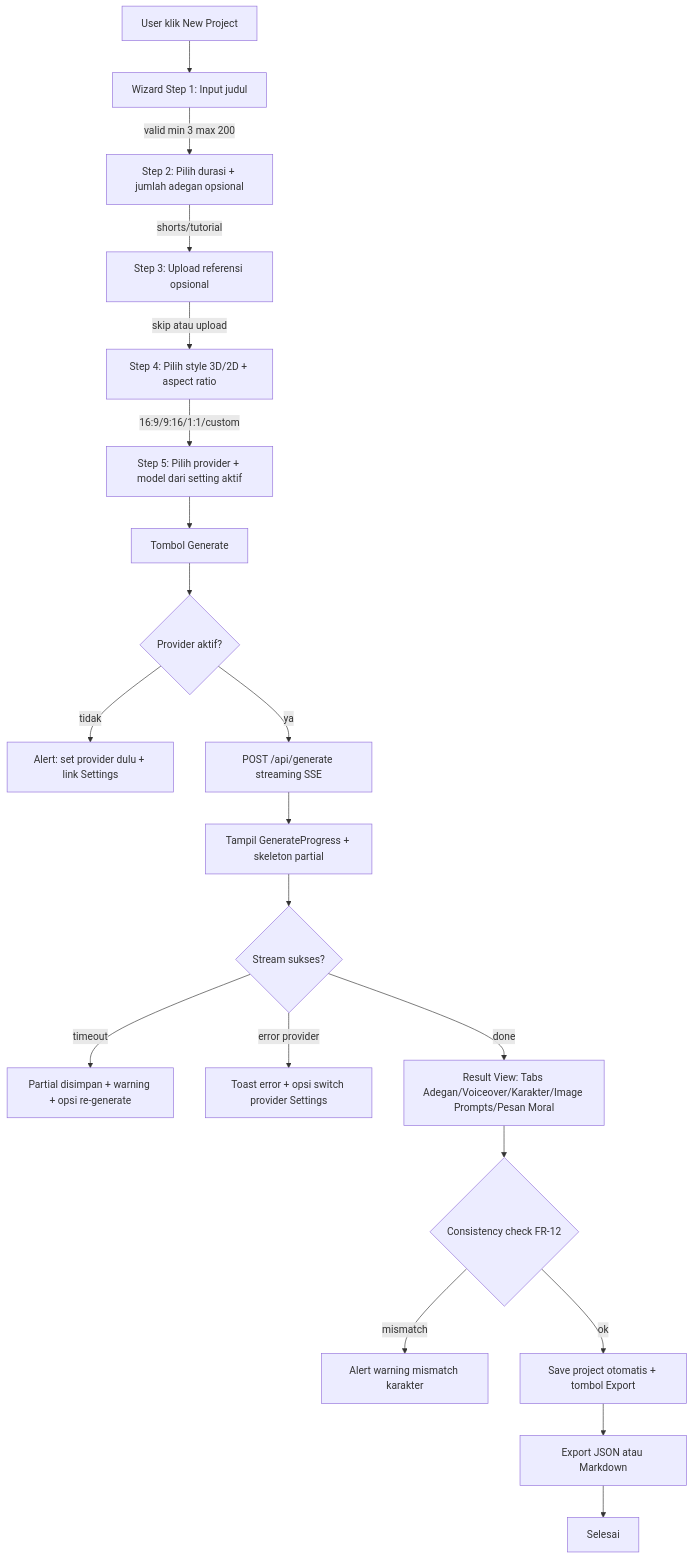
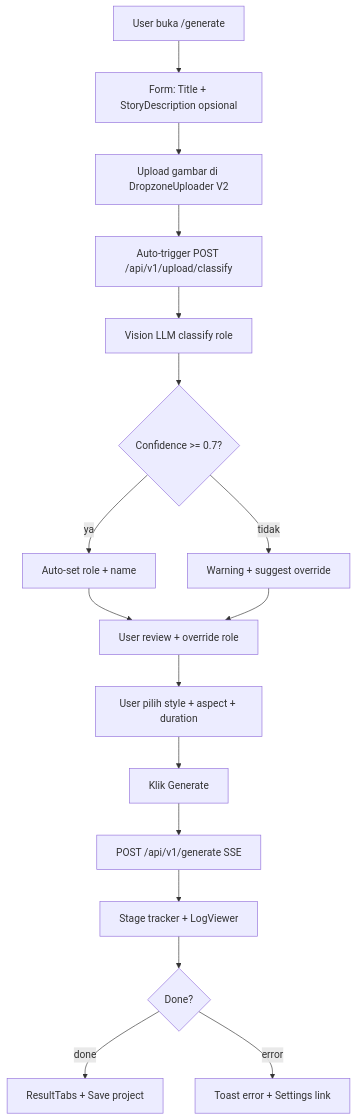
The first of 4 diagrams in product-docs/UIUX_SPEC.md (agrianwahab29/agrinode-promptflow), drawn with Mermaid before and after one commit. The commit also changed other lines of this file and 80 other files, not shown here.

````diff
--- a/product-docs/UIUX_SPEC.md
+++ b/product-docs/UIUX_SPEC.md
@@ -493,22 +538,19 @@
 ```mermaid
 flowchart TD
-    A[User klik New Project] --> B[Wizard Step 1: Input judul]
-    B -->|valid min 3 max 200| C[Step 2: Pilih durasi + jumlah adegan opsional]
-    C -->|shorts/tutorial| D[Step 3: Upload referensi opsional]
-    D -->|skip atau upload| E[Step 4: Pilih style 3D/2D + aspect ratio]
-    E -->|16:9/9:16/1:1/custom| F[Step 5: Pilih provider + model dari setting aktif]
-    F --> G[Tombol Generate]
-    G --> H{Provider aktif?}
-    H -->|tidak| H1[Alert: set provider dulu + link Settings]
-    H -->|ya| I[POST /api/generate streaming SSE]
-    I --> J[Tampil GenerateProgress + skeleton partial]
-    J --> K{Stream sukses?}
-    K -->|timeout| K1[Partial disimpan + warning + opsi re-generate]
-    K -->|error provider| K2[Toast error + opsi switch provider Settings]
-    K -->|done| L[Result View: Tabs Adegan/Voiceover/Karakter/Image Prompts/Pesan Moral]
-    L --> M{Consistency check FR-12}
-    M -->|mismatch| M1[Alert warning mismatch karakter]
-    M -->|ok| N[Save project otomatis + tombol Export]
-    N --> O[Export JSON atau Markdown]
-    O --> P[Selesai]
+    A[User buka /generate] --> B[Form: Title + StoryDescription opsional]
+    B --> C[Upload gambar di DropzoneUploader V2]
+    C --> D[Auto-trigger POST /api/v1/upload/classify]
+    D --> E[Vision LLM classify role]
+    E --> F{Confidence >= 0.7?}
+    F -->|ya| G[Auto-set role + name]
+    F -->|tidak| H[Warning + suggest override]
+    G --> I[User review + override role]
+    H --> I
+    I --> J[User pilih style + aspect + duration]
+    J --> K[Klik Generate]
+    K --> L[POST /api/v1/generate SSE]
+    L --> M[Stage tracker + LogViewer]
+    M --> N{Done?}
+    N -->|done| O[ResultTabs + Save project]
+    N -->|error| P[Toast error + Settings link]
 ```
````
